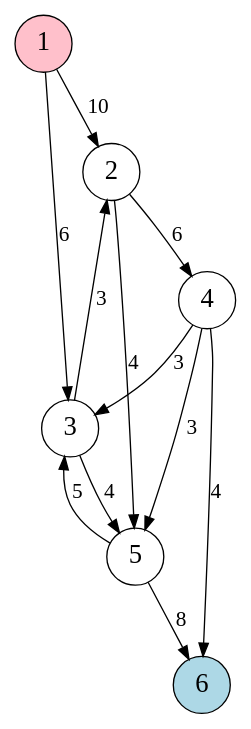
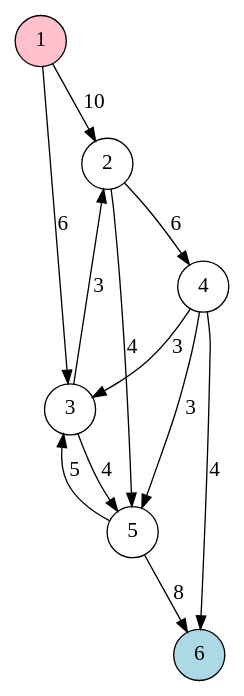
One commit to AdrianMatei20/FlowAlgorithmsVisualized changed the diagram in NetworkData/Networks/Network_6.dot. Above: the diagram before and after it, drawn with Graphviz. The commit also changed 8 other files, not shown here.

```diff
--- a/NetworkData/Networks/Network_6.dot
+++ b/NetworkData/Networks/Network_6.dot
@@ -1,25 +1,25 @@
 digraph {
 
     node [shape="circle", fontsize="20px"];
     edge [fontsize="20px"];
 
-    1 [label="1", pos="0,1!", fontsize="20px", shape="circle", style="filled", fillcolor="pink"];
-    2 [label="2", pos="1,2!", fontsize="20px", shape="circle"];
-    3 [label="3", pos="1,0!", fontsize="20px", shape="circle"];
-    4 [label="4", pos="3,2!", fontsize="20px", shape="circle"];
-    5 [label="5", pos="3,0!", fontsize="20px", shape="circle"];
-    6 [label="6", pos="4,1!", fontsize="20px", shape="circle", style="filled", fillcolor="lightblue"];
+    1 [label="1", pos="0,1!", fontsize="16px", shape="circle", style="filled", fillcolor="pink"];
+    2 [label="2", pos="1,2!", fontsize="16px", shape="circle"];
+    3 [label="3", pos="1,0!", fontsize="16px", shape="circle"];
+    4 [label="4", pos="3,2!", fontsize="16px", shape="circle"];
+    5 [label="5", pos="3,0!", fontsize="16px", shape="circle"];
+    6 [label="6", pos="4,1!", fontsize="16px", shape="circle", style="filled", fillcolor="lightblue"];
 
     1 -> 2 [label="10", fontsize="16px"];
     1 -> 3 [label="6", fontsize="16px"];
     2 -> 4 [label="6", fontsize="16px"];
     2 -> 5 [label="4", fontsize="16px"];
     3 -> 2 [label="3", fontsize="16px"];
     3 -> 5 [label="4", fontsize="16px"];
     4 -> 3 [label="3", fontsize="16px"];
     4 -> 5 [label="3", fontsize="16px"];
     4 -> 6 [label="4", fontsize="16px"];
     5 -> 3 [label="5", fontsize="16px"];
     5 -> 6 [label="8", fontsize="16px"];
 
 }
```
